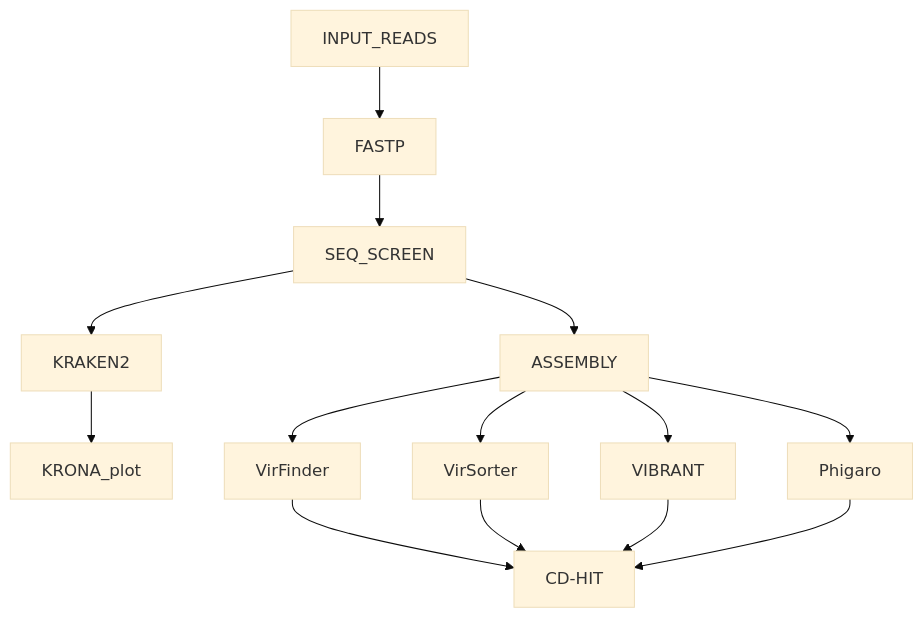
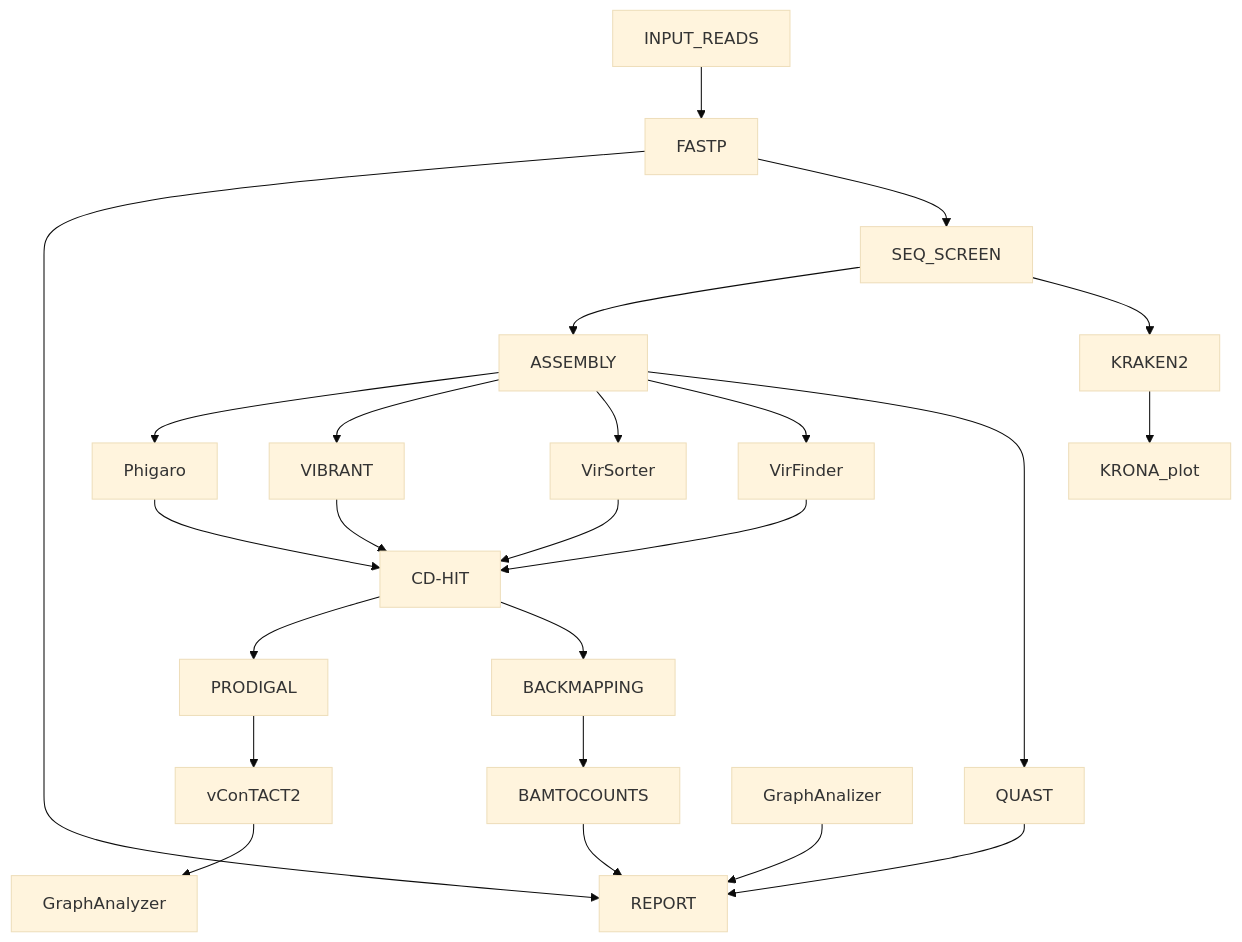
Before and after one commit to telatin/magflow: the diagram in README.md, drawn with Mermaid (base theme).

````diff
--- a/README.md
+++ b/README.md
@@ -3,17 +3,26 @@
 ```mermaid
 graph TD;
  INPUT_READS --> FASTP;
  FASTP --> SEQ_SCREEN;
  SEQ_SCREEN --> KRAKEN2;
  KRAKEN2 --> KRONA_plot;
  SEQ_SCREEN --> ASSEMBLY;
+ ASSEMBLY --> QUAST;
  ASSEMBLY --> VirFinder;
  ASSEMBLY --> VirSorter;
  ASSEMBLY --> VIBRANT;
  ASSEMBLY --> Phigaro;
  VirFinder --> CD-HIT;
  VirSorter --> CD-HIT ;
  VIBRANT --> CD-HIT ;
  Phigaro --> CD-HIT ;
-  
+ CD-HIT --> BACKMAPPING;
+ BACKMAPPING --> BAMTOCOUNTS;
+ CD-HIT --> PRODIGAL;
+ PRODIGAL --> vConTACT2;
+ vConTACT2 --> GraphAnalyzer;
+ GraphAnalizer --> REPORT;
+ BAMTOCOUNTS --> REPORT;
+ FASTP --> REPORT;
+ QUAST --> REPORT;
 ```
````
